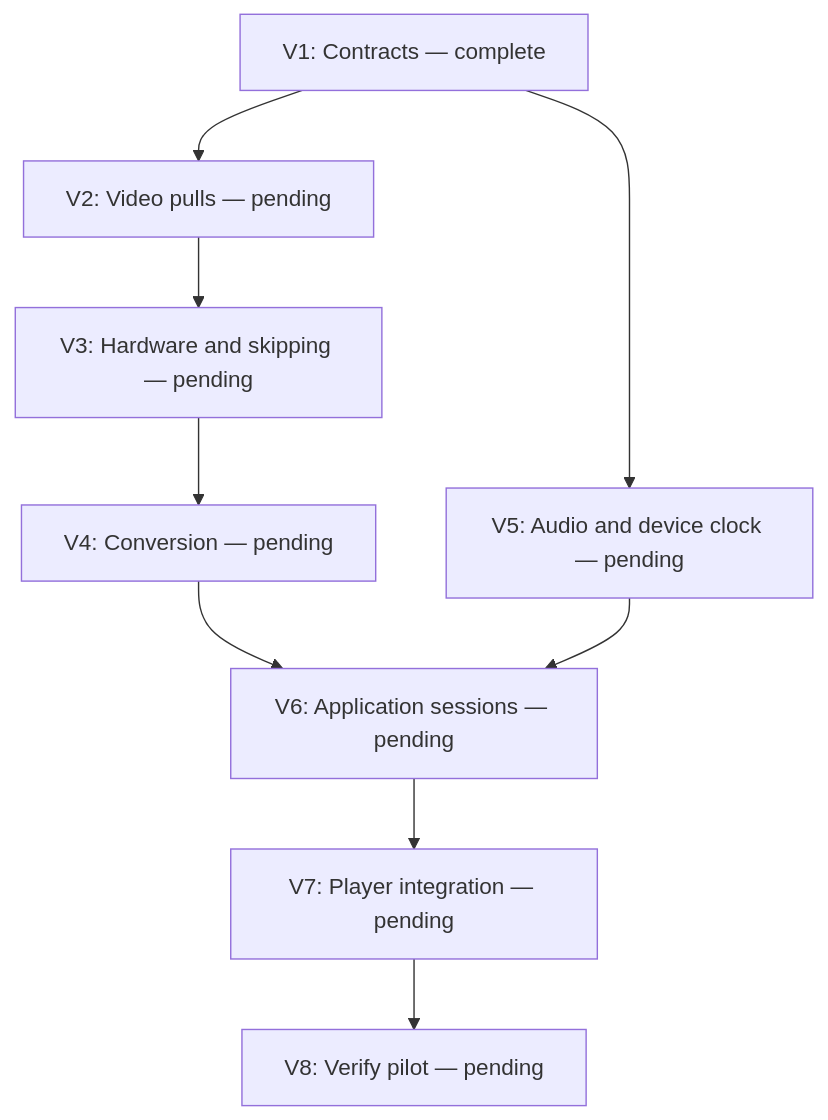
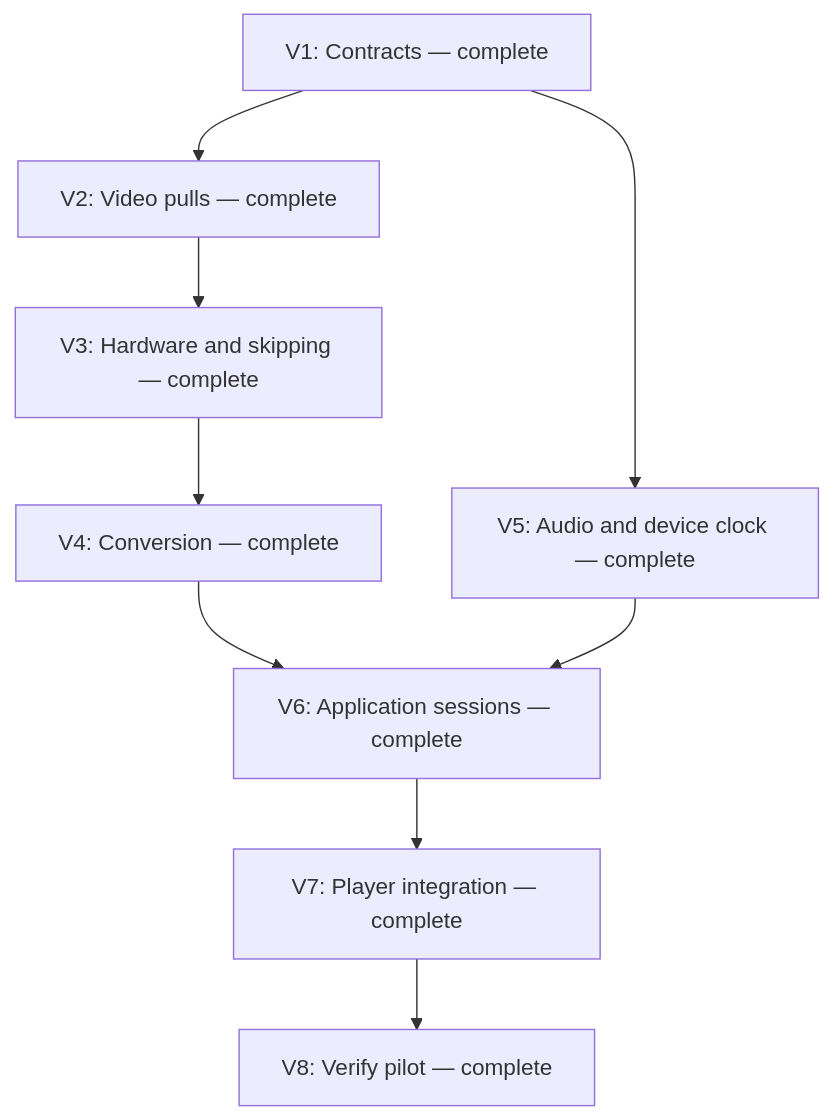
One commit to waterblower/opencut changed the diagram in player-video3-refactor-plan.md. Above: the diagram before and after it, drawn with Mermaid. The commit also changed other lines of this file, not shown here.

````diff
--- a/player-video3-refactor-plan.md
+++ b/player-video3-refactor-plan.md
@@ -213,11 +258,11 @@
 ```mermaid
 graph TD
-    V1["V1: Contracts — complete"] --> V2["V2: Video pulls — pending"]
-    V2 --> V3["V3: Hardware and skipping — pending"]
-    V3 --> V4["V4: Conversion — pending"]
-    V1 --> V5["V5: Audio and device clock — pending"]
-    V4 --> V6["V6: Application sessions — pending"]
+    V1["V1: Contracts — complete"] --> V2["V2: Video pulls — complete"]
+    V2 --> V3["V3: Hardware and skipping — complete"]
+    V3 --> V4["V4: Conversion — complete"]
+    V1 --> V5["V5: Audio and device clock — complete"]
+    V4 --> V6["V6: Application sessions — complete"]
     V5 --> V6
-    V6 --> V7["V7: Player integration — pending"]
-    V7 --> V8["V8: Verify pilot — pending"]
+    V6 --> V7["V7: Player integration — complete"]
+    V7 --> V8["V8: Verify pilot — complete"]
 ```
````
